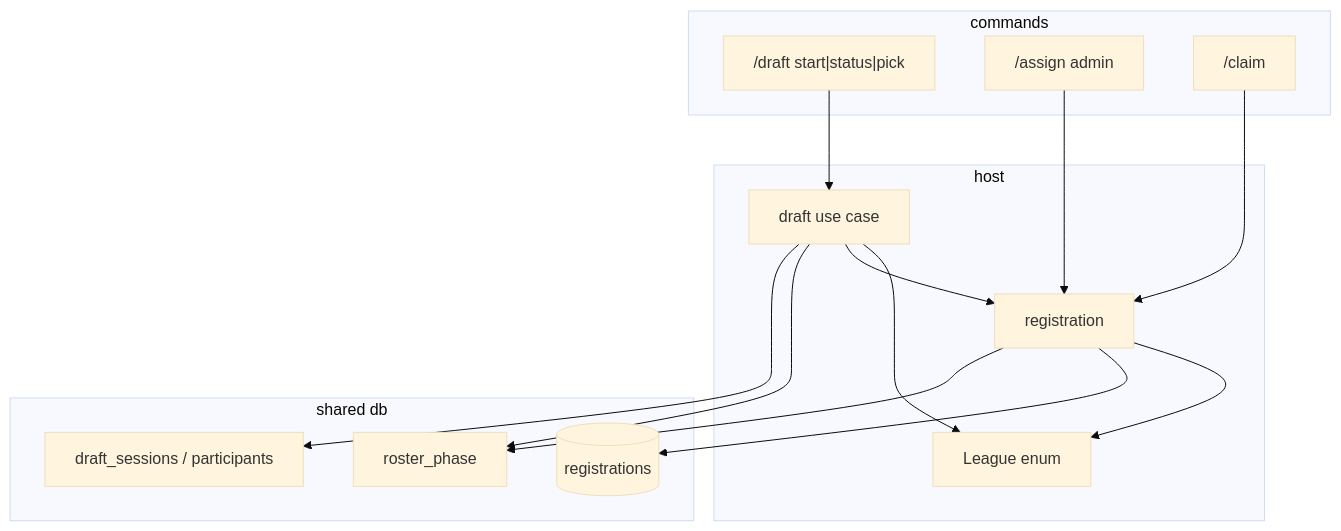
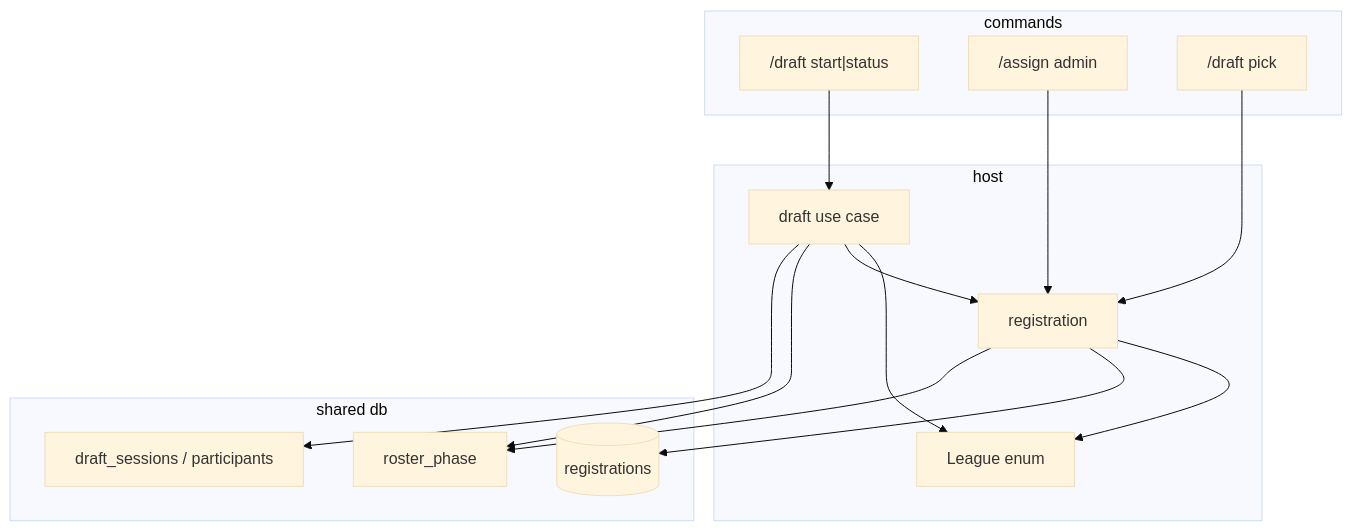
The diagram in docs/plans/season-draft/plan.md (gapuchi/world-cup-bot), drawn with Mermaid (base theme) before and after one commit. The commit also changed other lines of this file and 11 other files, not shown here.

````diff
--- a/docs/plans/season-draft/plan.md
+++ b/docs/plans/season-draft/plan.md
@@ -84,28 +89,28 @@
 ```mermaid
 flowchart TB
   subgraph cmds ["commands"]
-    DS["/draft start|status|pick"]
+    DS["/draft start|status"]
     AS["/assign admin"]
-    CL["/claim"]
+    CL["/draft pick"]
   end
   subgraph host ["host"]
     DR[draft use case]
     REG[registration]
     EN[League enum]
   end
   subgraph db ["shared db"]
     PH[roster_phase]
     SES[draft_sessions / participants]
     R[(registrations)]
   end
   DS --> DR
   AS --> REG
   CL --> REG
   DR --> SES
   DR --> PH
   DR --> REG
   REG --> PH
   REG --> R
   DR --> EN
   REG --> EN
 ```
````
